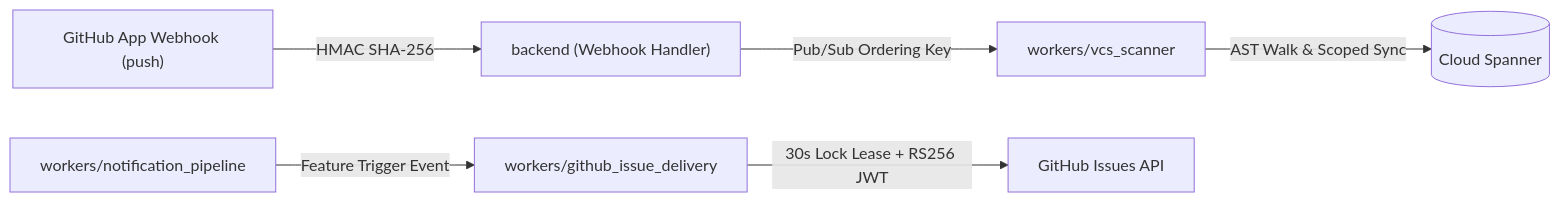
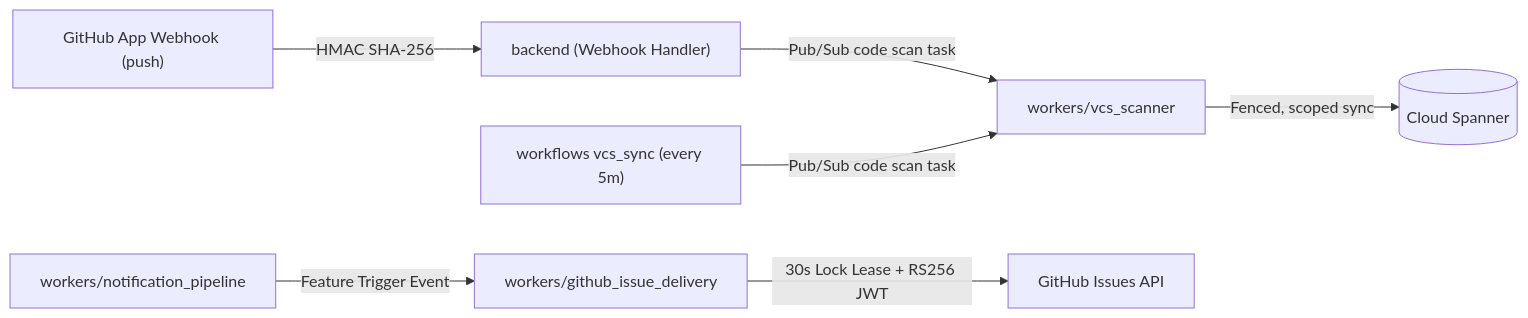
One commit to GoogleChrome/webstatus.dev changed the diagram in .agent/skills/webstatus-code-subscriptions/SKILL.md. Above: the diagram before and after it, drawn with Mermaid. The commit also changed other lines of this file and 21 other files, not shown here.

````diff
--- a/.agent/skills/webstatus-code-subscriptions/SKILL.md
+++ b/.agent/skills/webstatus-code-subscriptions/SKILL.md
@@ -14,8 +14,9 @@
 ```mermaid
 flowchart LR
     GitHub["GitHub App Webhook (push)"] -->|HMAC SHA-256| Ingress["backend (Webhook Handler)"]
-    Ingress -->|Pub/Sub Ordering Key| Scanner["workers/vcs_scanner"]
-    Scanner -->|AST Walk & Scoped Sync| Spanner[("Cloud Spanner")]
+    Ingress -->|Pub/Sub code scan task| Scanner["workers/vcs_scanner"]
+    Sync["workflows vcs_sync (every 5m)"] -->|Pub/Sub code scan task| Scanner
+    Scanner -->|Fenced, scoped sync| Spanner[("Cloud Spanner")]
     Pipeline["workers/notification_pipeline"] -->|Feature Trigger Event| Deliverer["workers/github_issue_delivery"]
     Deliverer -->|30s Lock Lease + RS256 JWT| GitHubIssues["GitHub Issues API"]
 ```
````
